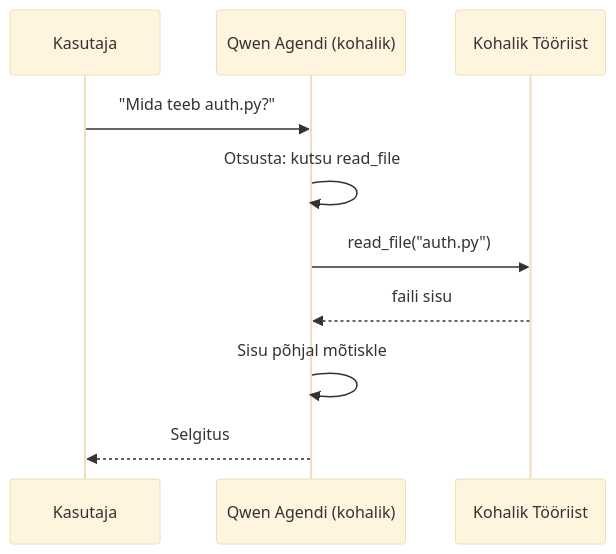
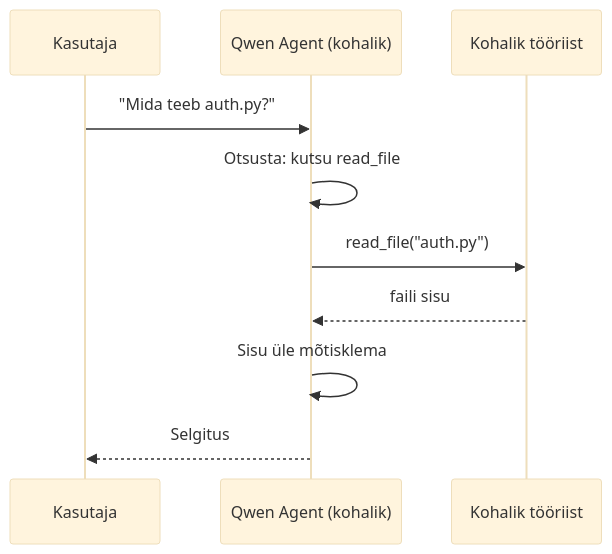
One commit to gabrielmoreira/agent-skills-mirror changed the second of 4 diagrams in mirrors/repos/microsoft@ai-agents-for-beginners/translations/et/17-creating-local-ai-agents/README.md. Above: the diagram before and after it, drawn with Mermaid (base theme). The commit also changed other lines of this file and 4262 other files, not shown here.

````diff
--- a/mirrors/repos/microsoft@ai-agents-for-beginners/translations/et/17-creating-local-ai-agents/README.md
+++ b/mirrors/repos/microsoft@ai-agents-for-beginners/translations/et/17-creating-local-ai-agents/README.md
@@ -106,12 +106,12 @@
 ```mermaid
 sequenceDiagram
     participant U as Kasutaja
-    participant A as Qwen Agendi (kohalik)
-    participant T as Kohalik Tööriist
+    participant A as Qwen Agent (kohalik)
+    participant T as Kohalik tööriist
     U->>A: "Mida teeb auth.py?"
     A->>A: Otsusta: kutsu read_file
     A->>T: read_file("auth.py")
     T-->>A: faili sisu
-    A->>A: Sisu põhjal mõtiskle
+    A->>A: Sisu üle mõtisklema
     A-->>U: Selgitus
 ```
````
